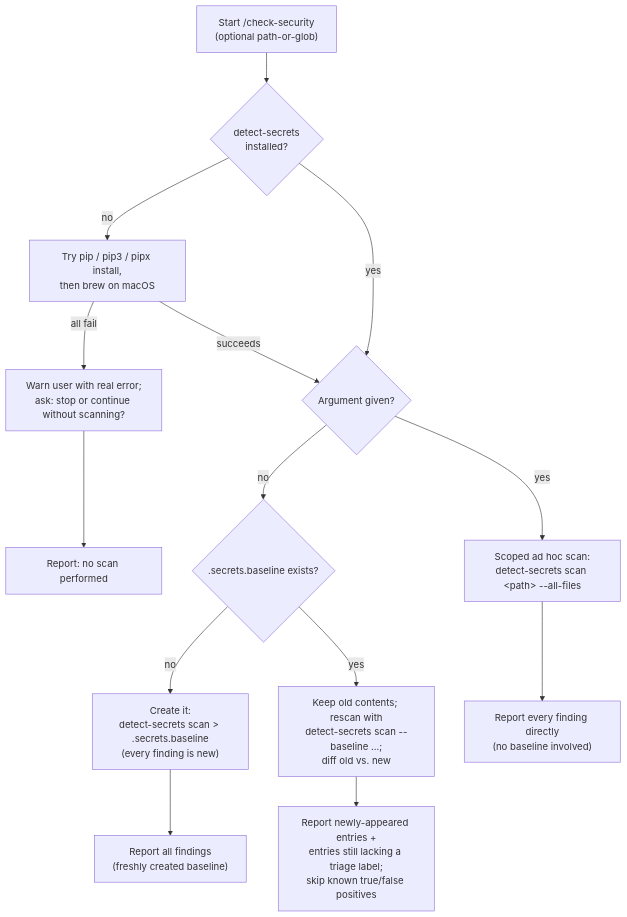
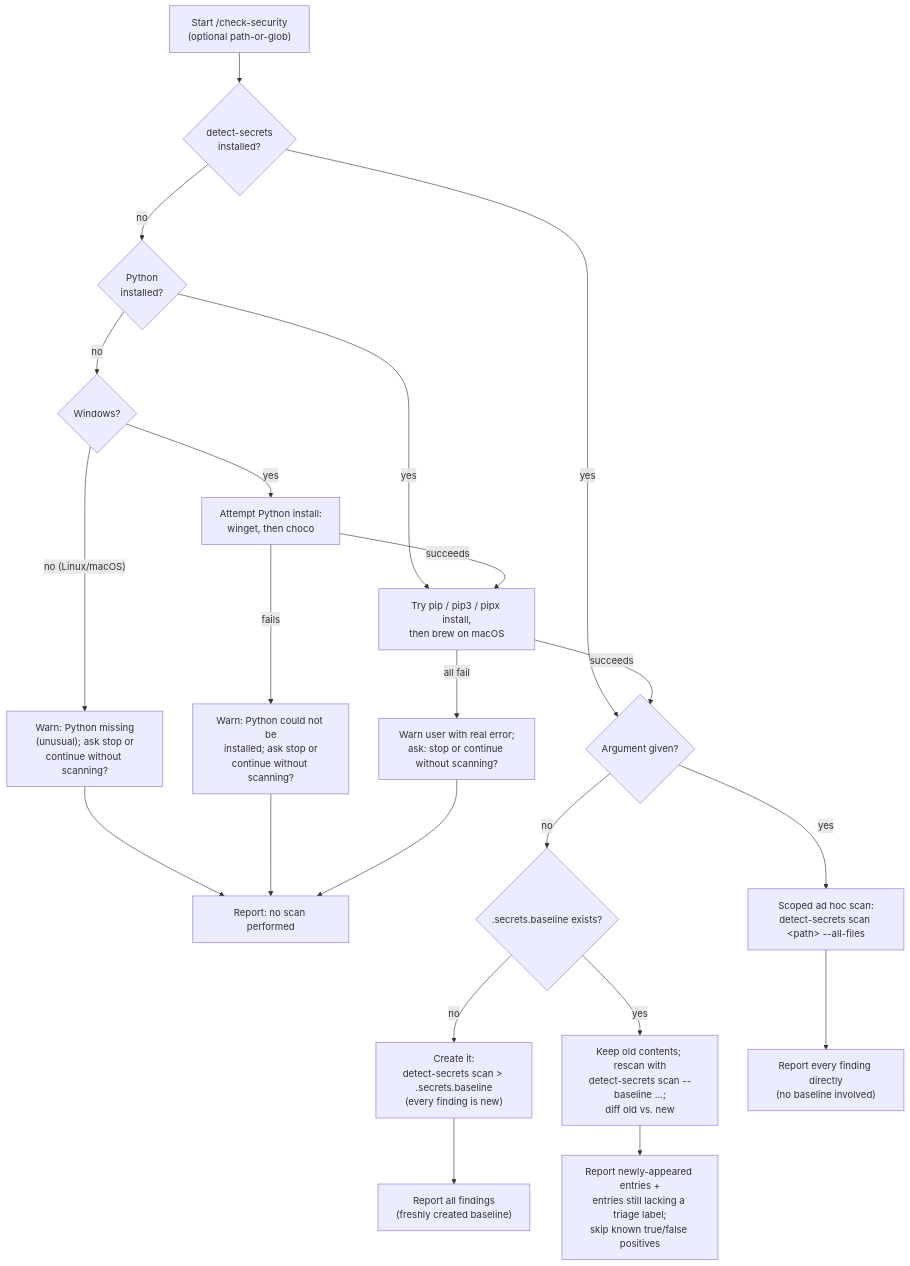
One commit to albertoirurueta/ai-catalog changed the diagram in docs/modules/ROOT/pages/skills/check-security.adoc. Above: the diagram before and after it, drawn with Mermaid. The commit also changed other lines of this file and 2 other files, not shown here.

Commit message:
Updated skills and documentation

```diff
--- a/docs/modules/ROOT/pages/skills/check-security.adoc
+++ b/docs/modules/ROOT/pages/skills/check-security.adoc
@@ -63,17 +64,25 @@
 [mermaid]
 ....
 flowchart TD
     A["Start /check-security\n(optional path-or-glob)"] --> B{detect-secrets\ninstalled?}
     B -- yes --> E
-    B -- no --> C["Try pip / pip3 / pipx install,\nthen brew on macOS"]
+    B -- no --> P{Python\ninstalled?}
+    P -- yes --> C["Try pip / pip3 / pipx install,\nthen brew on macOS"]
+    P -- no --> W{Windows?}
+    W -- "no (Linux/macOS)" --> D2["Warn: Python missing\n(unusual); ask stop or\ncontinue without scanning?"]
+    D2 --> Z[Report: no scan performed]
+    W -- yes --> WI["Attempt Python install:\nwinget, then choco"]
+    WI -- succeeds --> C
+    WI -- fails --> D3["Warn: Python could not be\ninstalled; ask stop or\ncontinue without scanning?"]
+    D3 --> Z
     C -- all fail --> D["Warn user with real error;\nask: stop or continue without scanning?"]
-    D --> Z[Report: no scan performed]
+    D --> Z
     C -- succeeds --> E{Argument given?}
     E -- yes --> F["Scoped ad hoc scan:\ndetect-secrets scan &lt;path&gt; --all-files"]
     E -- no --> G{.secrets.baseline exists?}
     G -- no --> H["Create it:\ndetect-secrets scan &gt; .secrets.baseline\n(every finding is new)"]
     G -- yes --> I["Keep old contents; rescan with\ndetect-secrets scan --baseline ...;\ndiff old vs. new"]
     F --> J["Report every finding directly\n(no baseline involved)"]
     H --> K["Report all findings\n(freshly created baseline)"]
     I --> L["Report newly-appeared entries +\nentries still lacking a triage label;\nskip known true/false positives"]
 ....
```
